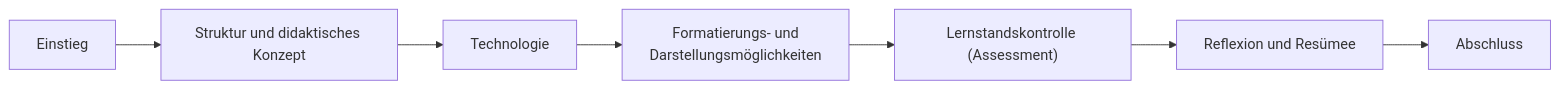
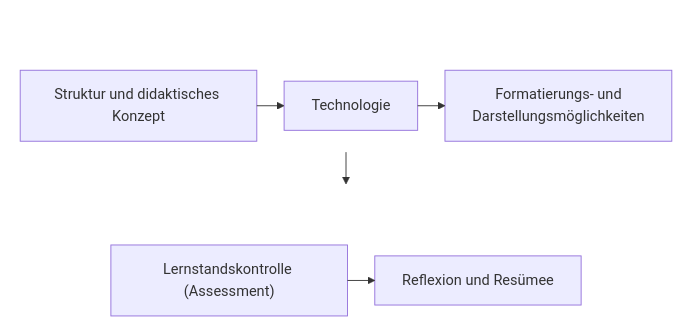
The diagram in einleitung.md (quadriga-dk/QUADRIGA-OER-Manual), drawn with Mermaid before and after one commit. The commit also changed 1 other file, not shown here.

Commit message:
docs(diagramm): Kapiteluebersicht zweizeilig und auf das Wesentliche reduziert
- Diagramm zeigt nur noch die inhaltlichen Kapitel dieser Anleitung;
  Einstieg und Abschluss entfallen
- dadurch zwei Reihen (3 + 2 Knoten) statt einer sehr breiten Reihe; die
  Beschriftung wird nicht mehr auf etwa die Haelfte herunterskaliert
- zweizeilige Anordnung ueber das ELK-Layout (mermaid_include_elk), weil
  Dagre die Subgraph-Richtung ignoriert, sobald Kanten die Subgraphen
  verlassen
- Bildunterschrift entsprechend angepasst

````diff
--- a/einleitung.md
+++ b/einleitung.md
@@ -79,12 +79,18 @@
 ```{mermaid}
 :align: center
-:caption: Aufbau einer QUADRIGA-OER aus sechs Schritten, wie er im Book_Template angelegt ist.
+:caption: Inhaltliche Kapitel dieser Anleitung in ihrer Reihenfolge.
 
-flowchart LR
-    A["Einstieg"] --> B["Struktur und didaktisches Konzept"]
-    B --> C["Technologie"]
-    C --> D["Formatierungs- und<br/>Darstellungsmöglichkeiten"]
-    D --> E["Lernstandskontrolle (Assessment)"]
-    E --> F["Reflexion und Resümee"]
-    F --> G["Abschluss"]
+%%{init: {"layout": "elk"}}%%
+flowchart TB
+    subgraph reihe1[" "]
+        direction LR
+        B["Struktur und didaktisches Konzept"] --> C["Technologie"] --> D["Formatierungs- und<br/>Darstellungsmöglichkeiten"]
+    end
+    subgraph reihe2[" "]
+        direction LR
+        E["Lernstandskontrolle (Assessment)"] --> F["Reflexion und Resümee"]
+    end
+    reihe1 --> reihe2
+    style reihe1 fill:none,stroke:none
+    style reihe2 fill:none,stroke:none
 ```
````
